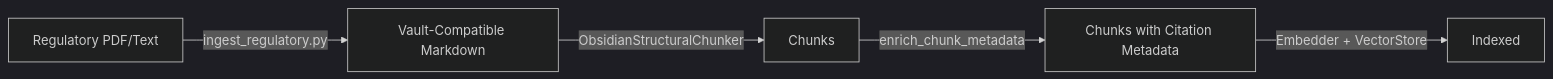
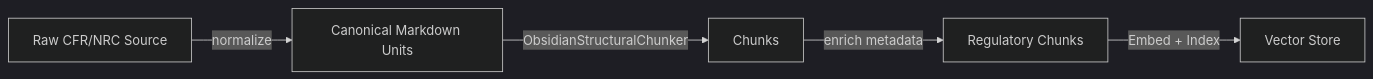
One commit to qdon314/obsidian-vault-RAG changed the diagram in docs/specs/04-regulatory-corpus-ingestion.md. Above: the diagram before and after it, drawn with Mermaid (dark theme). The commit also changed other lines of this file and 4 other files, not shown here.

````diff
--- a/docs/specs/04-regulatory-corpus-ingestion.md
+++ b/docs/specs/04-regulatory-corpus-ingestion.md
@@ -136,7 +259,7 @@
 ```mermaid
 graph LR
-    A[Regulatory PDF/Text] -->|ingest_regulatory.py| B[Vault-Compatible Markdown]
-    B -->|ObsidianStructuralChunker| C[Chunks]
-    C -->|enrich_chunk_metadata| D[Chunks with Citation Metadata]
-    D -->|Embedder + VectorStore| E[Indexed]
+  A[Raw CFR/NRC Source] -->|normalize| B[Canonical Markdown Units]
+  B -->|ObsidianStructuralChunker| C[Chunks]
+  C -->|enrich metadata| D[Regulatory Chunks]
+  D -->|Embed + Index| E[Vector Store]
 ```
````
